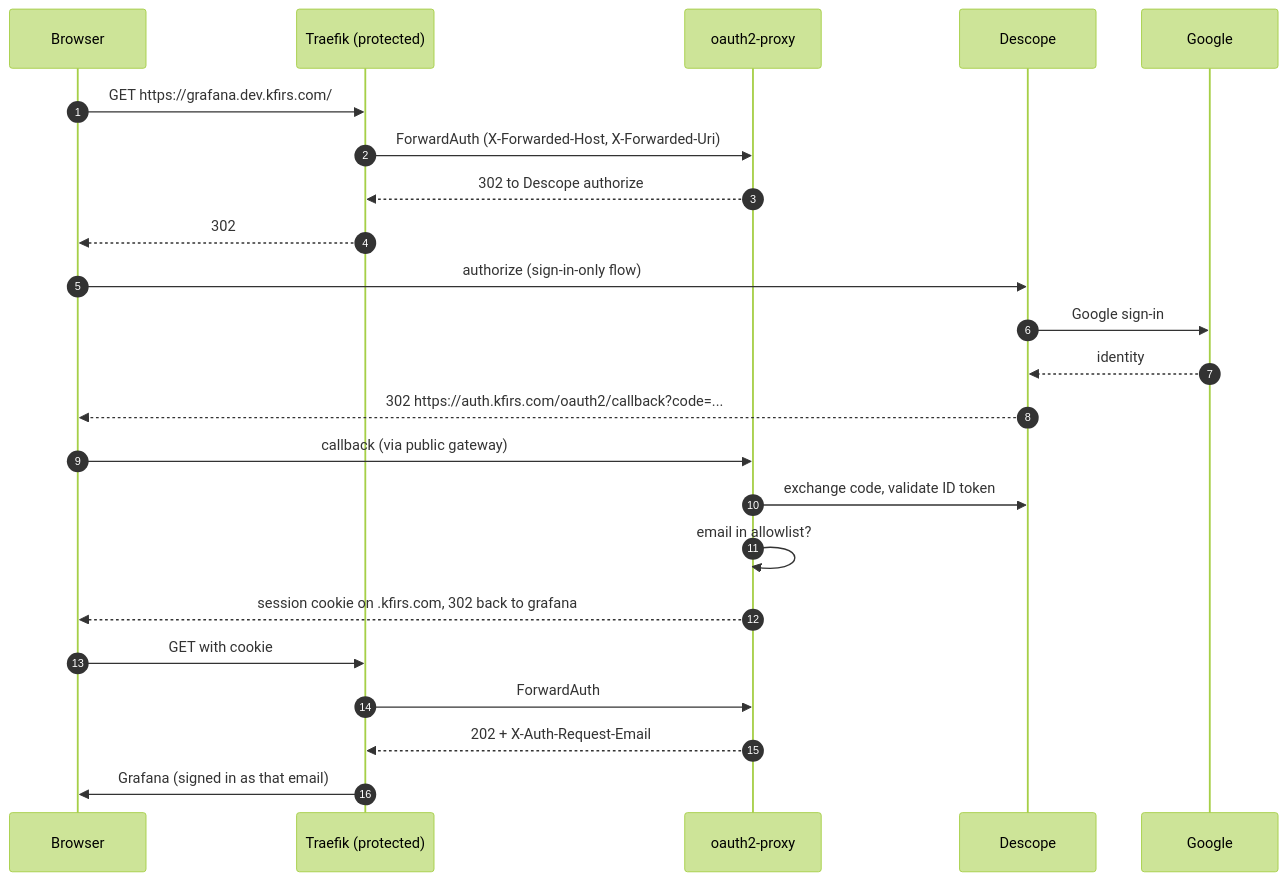
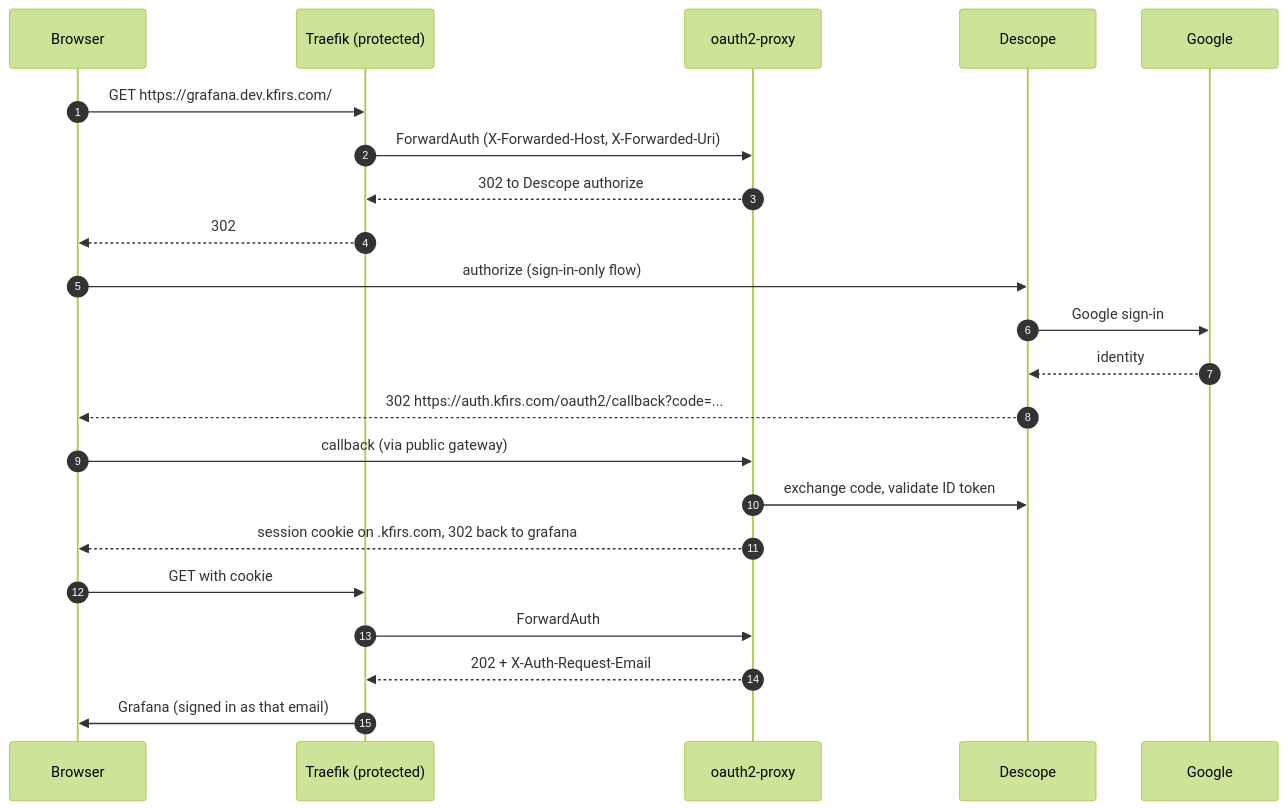
Before and after one commit to arikkfir-org/docs: the second of 2 diagrams in hub/designs/phase-3-ingress-and-auth.md, drawn with Mermaid (forest theme). The commit also changed other lines of this file and 4 other files, not shown here.

````diff
--- a/hub/designs/phase-3-ingress-and-auth.md
+++ b/hub/designs/phase-3-ingress-and-auth.md
@@ -45,25 +45,24 @@
 ```mermaid
 sequenceDiagram
   autonumber
   participant B as Browser
   participant T as Traefik (protected)
   participant O as oauth2-proxy
   participant D as Descope
   participant G as Google
   B->>T: GET https://grafana.dev.kfirs.com/
   T->>O: ForwardAuth (X-Forwarded-Host, X-Forwarded-Uri)
   O-->>T: 302 to Descope authorize
   T-->>B: 302
   B->>D: authorize (sign-in-only flow)
   D->>G: Google sign-in
   G-->>D: identity
   D-->>B: 302 https://auth.kfirs.com/oauth2/callback?code=...
   B->>O: callback (via public gateway)
   O->>D: exchange code, validate ID token
-  O->>O: email in allowlist?
   O-->>B: session cookie on .kfirs.com, 302 back to grafana
   B->>T: GET with cookie
   T->>O: ForwardAuth
   O-->>T: 202 + X-Auth-Request-Email
   T->>B: Grafana (signed in as that email)
 ```
````
